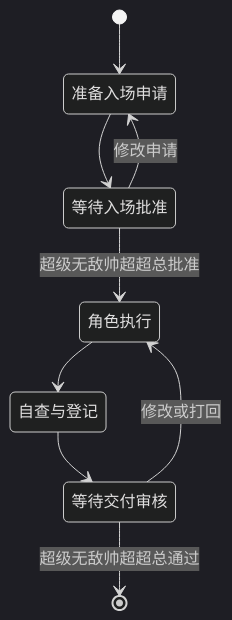
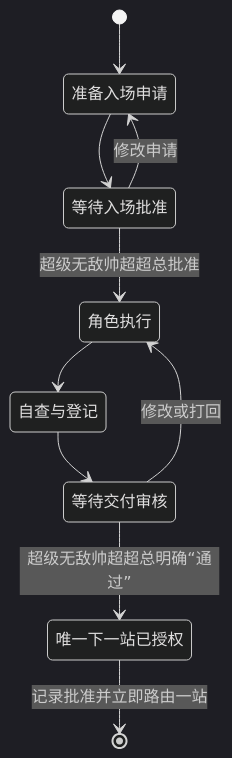
Before and after one commit to CloudyStormer/AI-Workflow-Dev: the fourth of 7 diagrams in architecture/00-workflow-architecture.md, drawn with Mermaid (dark theme). The commit also changed other lines of this file and 84 other files, not shown here.

````diff
--- a/architecture/00-workflow-architecture.md
+++ b/architecture/00-workflow-architecture.md
@@ -71,11 +71,12 @@
 ```mermaid
 stateDiagram-v2
     [*] --> 准备入场申请
     准备入场申请 --> 等待入场批准
     等待入场批准 --> 角色执行: 超级无敌帅超超总批准
     等待入场批准 --> 准备入场申请: 修改申请
     角色执行 --> 自查与登记
     自查与登记 --> 等待交付审核
-    等待交付审核 --> [*]: 超级无敌帅超超总通过
+    等待交付审核 --> 唯一下一站已授权: 超级无敌帅超超总明确“通过”
+    唯一下一站已授权 --> [*]: 记录批准并立即路由一站
     等待交付审核 --> 角色执行: 修改或打回
 ```
````
